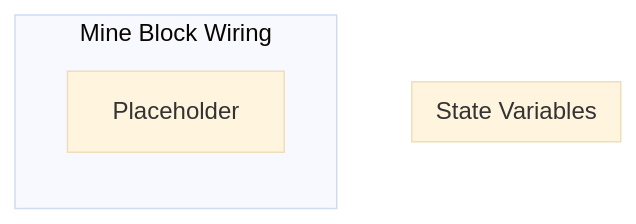
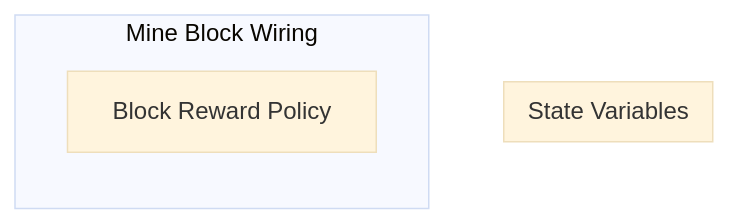
One commit to dominant-strategies/Quai-Macro-Model changed the diagram in Spec/obsidian/Wiring/Mine Block Wiring.md. Above: the diagram before and after it, drawn with Mermaid (base theme). The commit also changed other lines of this file and 11 other files, not shown here.

````diff
--- a/Spec/obsidian/Wiring/Mine Block Wiring.md
+++ b/Spec/obsidian/Wiring/Mine Block Wiring.md
@@ -3,11 +3,11 @@
 ```mermaid
 graph TB
 
 subgraph SVS["State Variables"]
 end
 
 subgraph X2["Mine Block Wiring"]
 direction TB
-X1["Placeholder"]
+X1["Block Reward Policy"]
 end
 ```
````
